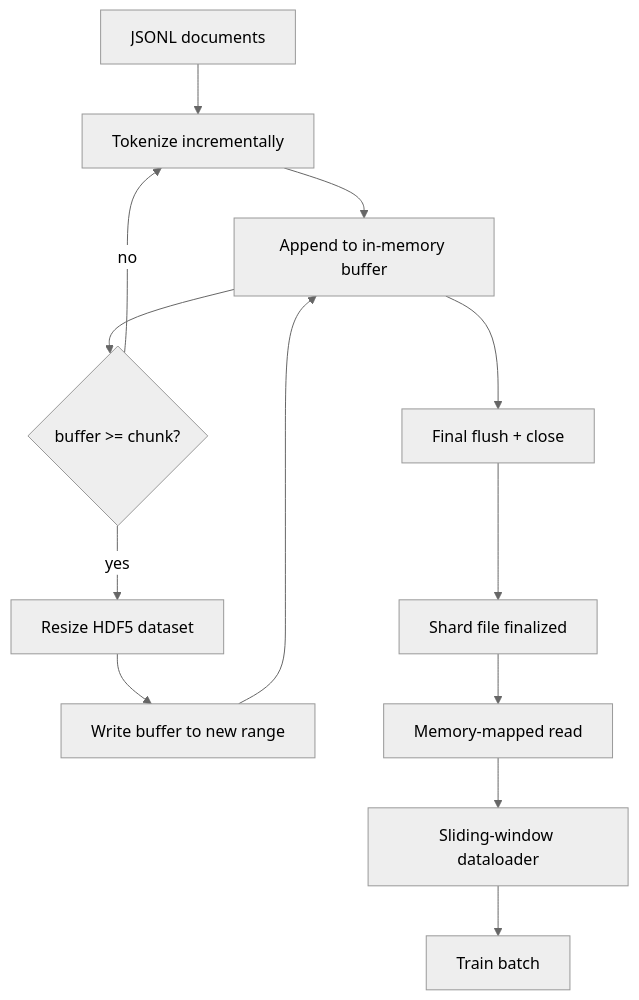
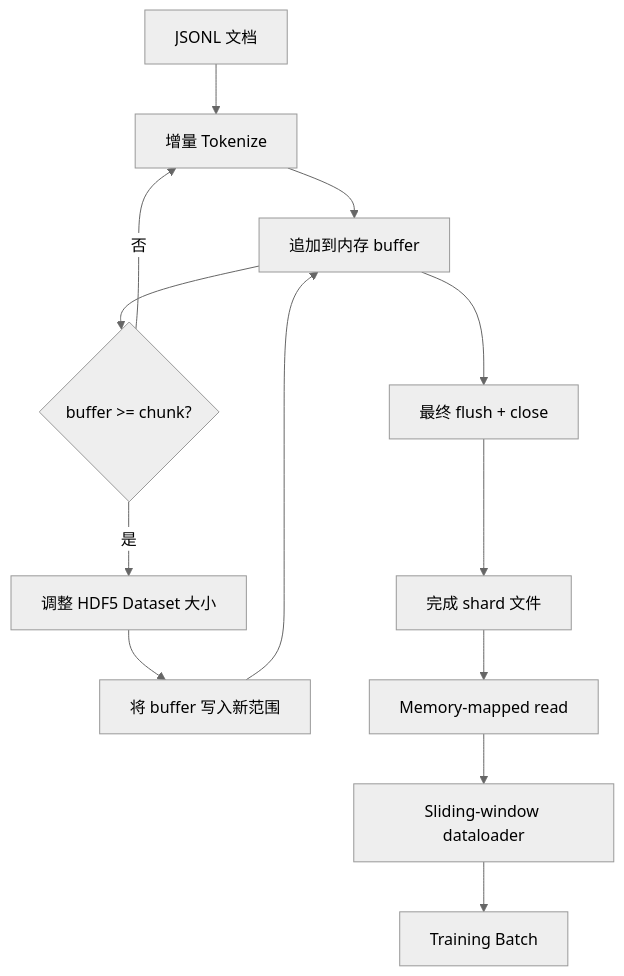
The diagram in phases/19-capstone-projects/43-hdf5-tokenized-corpus/docs/en.md (cluster1900/ai-engineering-from-scratch-zh), drawn with Mermaid (neutral theme) before and after one commit. The commit also changed other lines of this file and 1 other file, not shown here.

````diff
--- a/phases/19-capstone-projects/43-hdf5-tokenized-corpus/docs/en.md
+++ b/phases/19-capstone-projects/43-hdf5-tokenized-corpus/docs/en.md
@@ -27,15 +27,15 @@
 ```mermaid
 flowchart TD
-  JSONL[JSONL documents] --> Tokenize[Tokenize incrementally]
-  Tokenize --> Buffer[Append to in-memory buffer]
+  JSONL[JSONL 文档] --> Tokenize[增量 Tokenize]
+  Tokenize --> Buffer[追加到内存 buffer]
   Buffer --> Flush{buffer >= chunk?}
-  Flush -- no --> Tokenize
-  Flush -- yes --> Resize[Resize HDF5 dataset]
-  Resize --> Write[Write buffer to new range]
+  Flush -- 否 --> Tokenize
+  Flush -- 是 --> Resize[调整 HDF5 Dataset 大小]
+  Resize --> Write[将 buffer 写入新范围]
   Write --> Buffer
-  Buffer --> Close[Final flush + close]
-  Close --> ShardDone[Shard file finalized]
+  Buffer --> Close[最终 flush + close]
+  Close --> ShardDone[完成 shard 文件]
   ShardDone --> MMapRead[Memory-mapped read]
   MMapRead --> Window[Sliding-window dataloader]
-  Window --> Train[Train batch]
+  Window --> Train[Training Batch]
 ```
````
